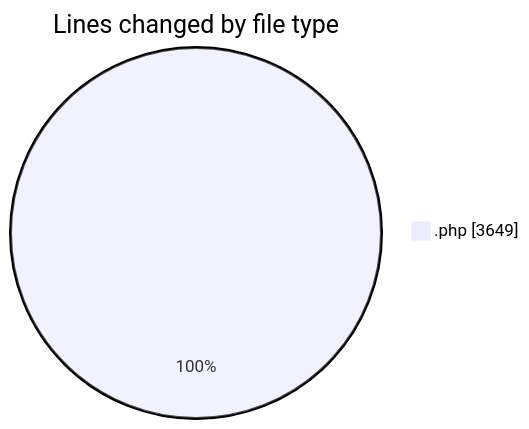
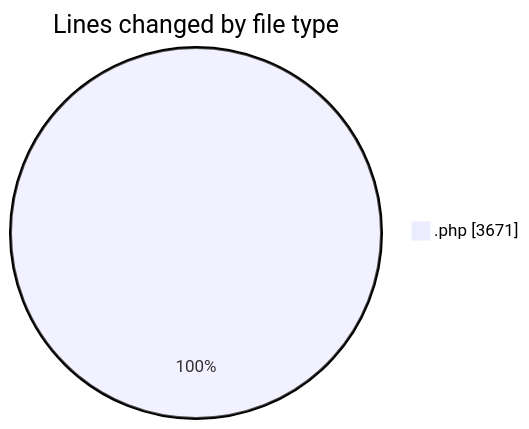
Before and after one commit to debugP/code-tracking: the first of 2 diagrams in 2026-08-05/untitled__workspace_/README.md, drawn with Mermaid. The commit also changed other lines of this file and 1 other file, not shown here.

````diff
--- a/2026-08-05/untitled__workspace_/README.md
+++ b/2026-08-05/untitled__workspace_/README.md
@@ -21,5 +21,5 @@
 ```mermaid
 pie showData
 title Lines changed by file type
-".php" : 3649
+".php" : 3671
 ```
````
